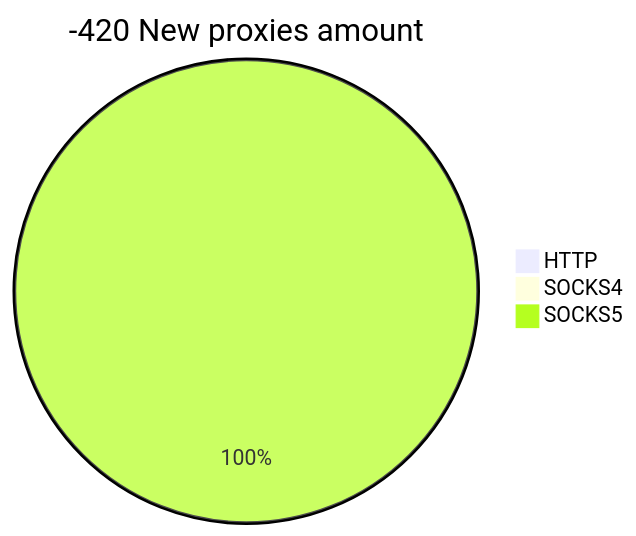
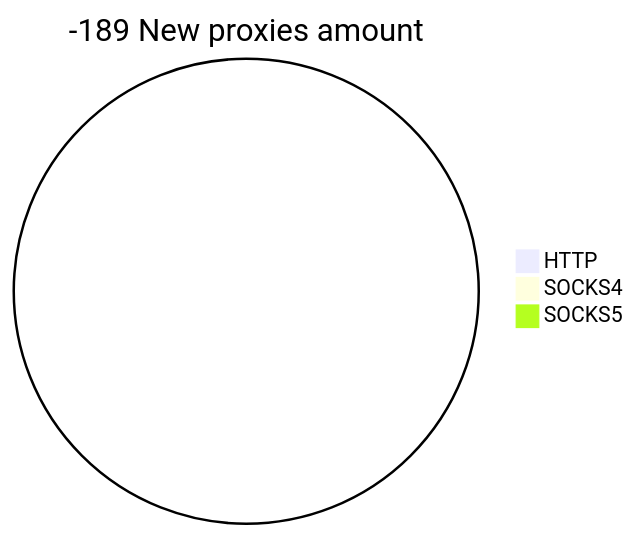
One commit to cutipu/proxylist changed the second of 2 diagrams in README.md. Above: the diagram before and after it, drawn with Mermaid. The commit also changed other lines of this file, not shown here.

````diff
--- a/README.md
+++ b/README.md
@@ -10,6 +10,6 @@
 ```mermaid
-pie title -420 New proxies amount
+pie title -189 New proxies amount
     "HTTP" : 0
     "SOCKS4" : 0
-    "SOCKS5" : 1
+    "SOCKS5" : 0
 ```
````
